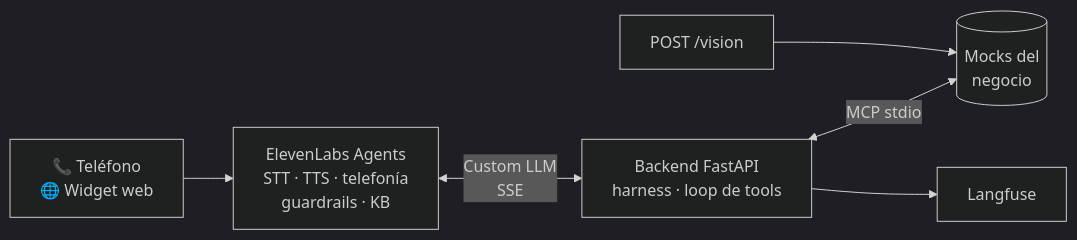
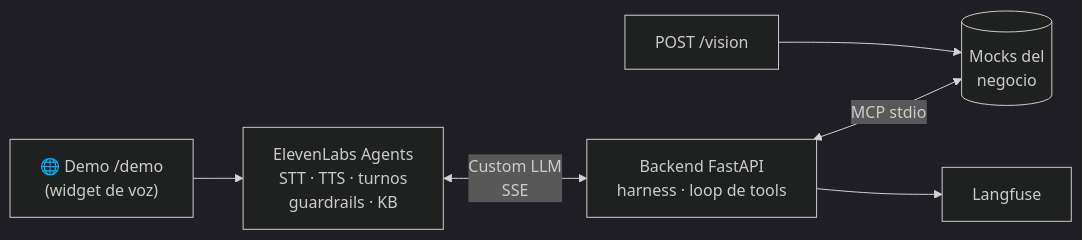
The diagram in README.md (cabustillo13/AI_E2_PI_M4), drawn with Mermaid (dark theme) before and after one commit. The commit also changed other lines of this file and 22 other files, not shown here.

First line of the commit message:
Demo pública de voz, sin telefonía y documentación en presente

````diff
--- a/README.md
+++ b/README.md
@@ -18,8 +19,8 @@
 ```mermaid
 flowchart LR
-    canal["📞 Teléfono<br/>🌐 Widget web"] --> EL["ElevenLabs Agents<br/>STT · TTS · telefonía<br/>guardrails · KB"]
+    canal["🌐 Demo /demo<br/>(widget de voz)"] --> EL["ElevenLabs Agents<br/>STT · TTS · turnos<br/>guardrails · KB"]
     EL <-->|"Custom LLM<br/>SSE"| BE["Backend FastAPI<br/>harness · loop de tools"]
     BE <-->|"MCP stdio"| MCP[("Mocks del<br/>negocio")]
     VIS["POST /vision"] --> MCP
     BE --> LF["Langfuse"]
 ```
````
